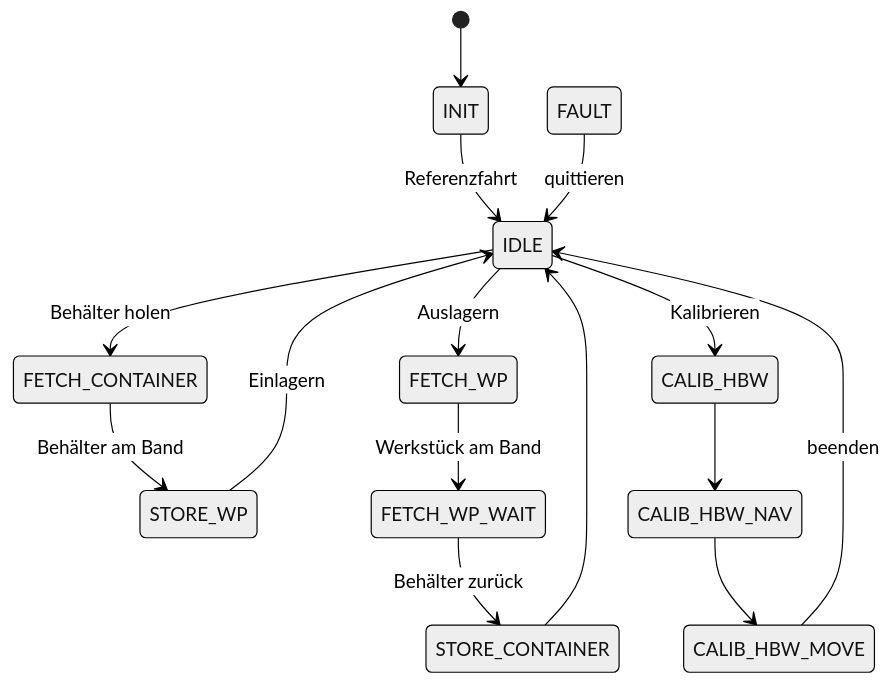
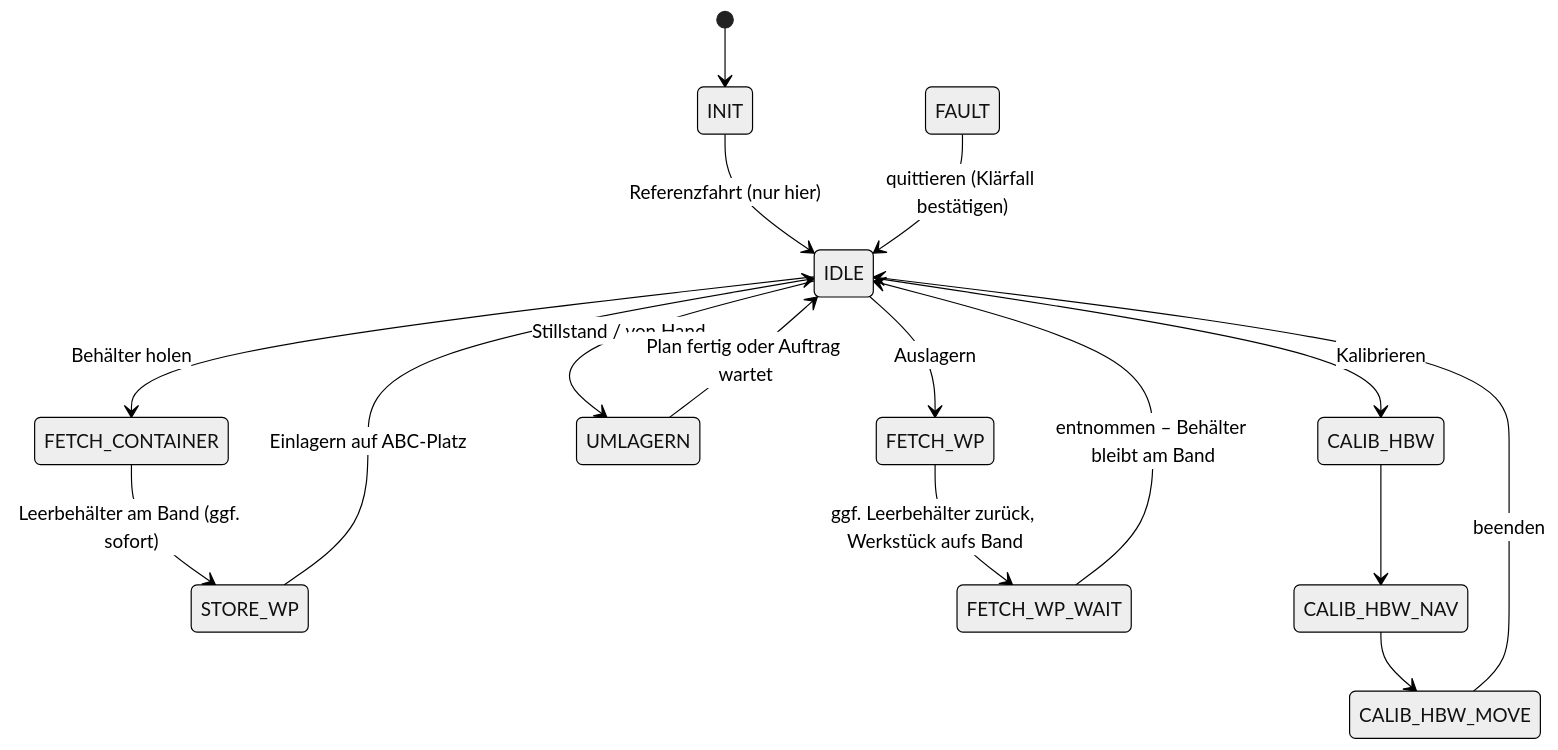
Before and after one commit to VSO-WIG-SO26-27/Hochregallager-und-Dashboard: the third of 3 diagrams in Greifer und HRL/README.md, drawn with Mermaid (neutral theme). The commit also changed other lines of this file and 19 other files, not shown here.

````diff
--- a/Greifer und HRL/README.md
+++ b/Greifer und HRL/README.md
@@ -140,17 +176,18 @@
 ```mermaid
 stateDiagram-v2
     [*] --> INIT
-    INIT --> IDLE: Referenzfahrt
+    INIT --> IDLE: Referenzfahrt (nur hier)
     IDLE --> FETCH_CONTAINER: Behälter holen
-    FETCH_CONTAINER --> STORE_WP: Behälter am Band
-    STORE_WP --> IDLE: Einlagern
+    FETCH_CONTAINER --> STORE_WP: Leerbehälter am Band (ggf. sofort)
+    STORE_WP --> IDLE: Einlagern auf ABC-Platz
     IDLE --> FETCH_WP: Auslagern
-    FETCH_WP --> FETCH_WP_WAIT: Werkstück am Band
-    FETCH_WP_WAIT --> STORE_CONTAINER: Behälter zurück
-    STORE_CONTAINER --> IDLE
+    FETCH_WP --> FETCH_WP_WAIT: ggf. Leerbehälter zurück, Werkstück aufs Band
+    FETCH_WP_WAIT --> IDLE: entnommen – Behälter bleibt am Band
+    IDLE --> UMLAGERN: Stillstand / von Hand
+    UMLAGERN --> IDLE: Plan fertig oder Auftrag wartet
     IDLE --> CALIB_HBW: Kalibrieren
     CALIB_HBW --> CALIB_HBW_NAV
     CALIB_HBW_NAV --> CALIB_HBW_MOVE
     CALIB_HBW_MOVE --> IDLE: beenden
-    FAULT --> IDLE: quittieren
+    FAULT --> IDLE: quittieren (Klärfall bestätigen)
 ```
````
